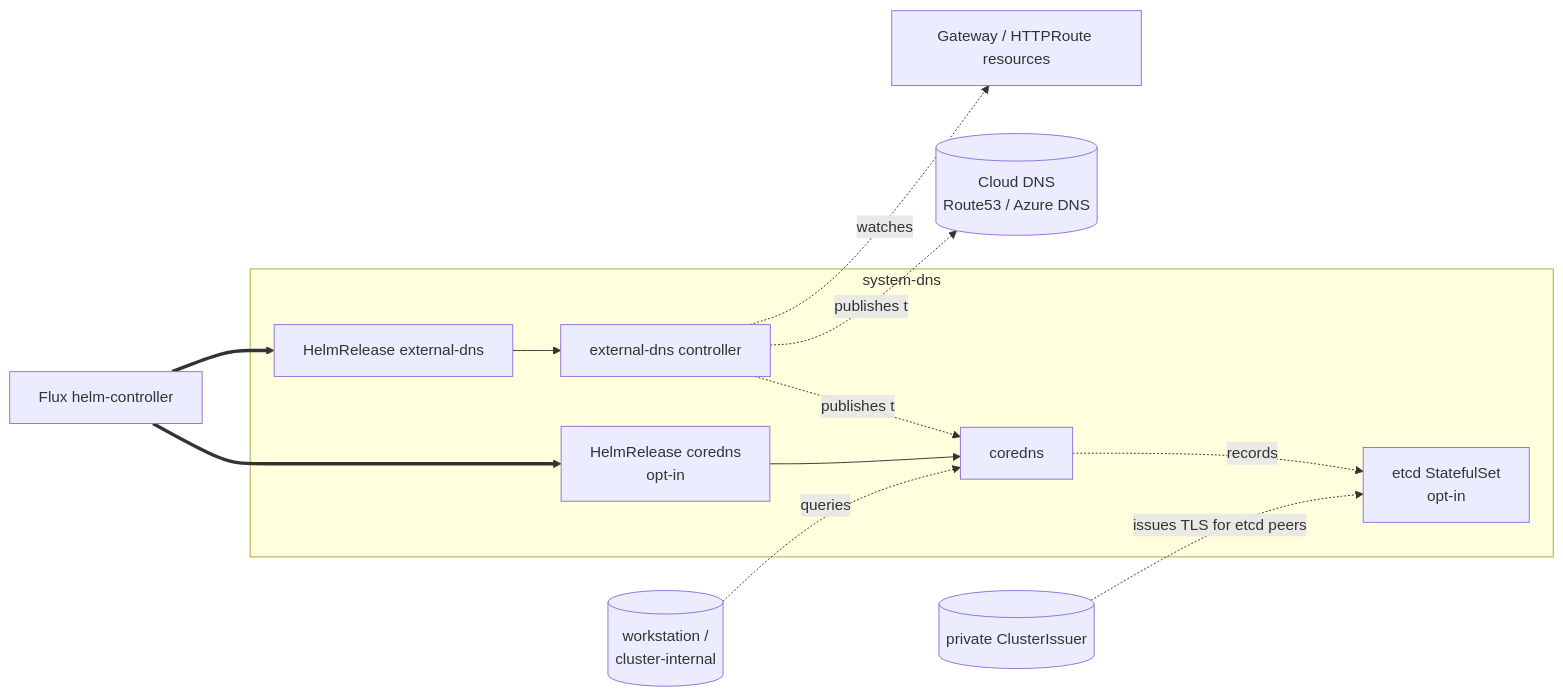
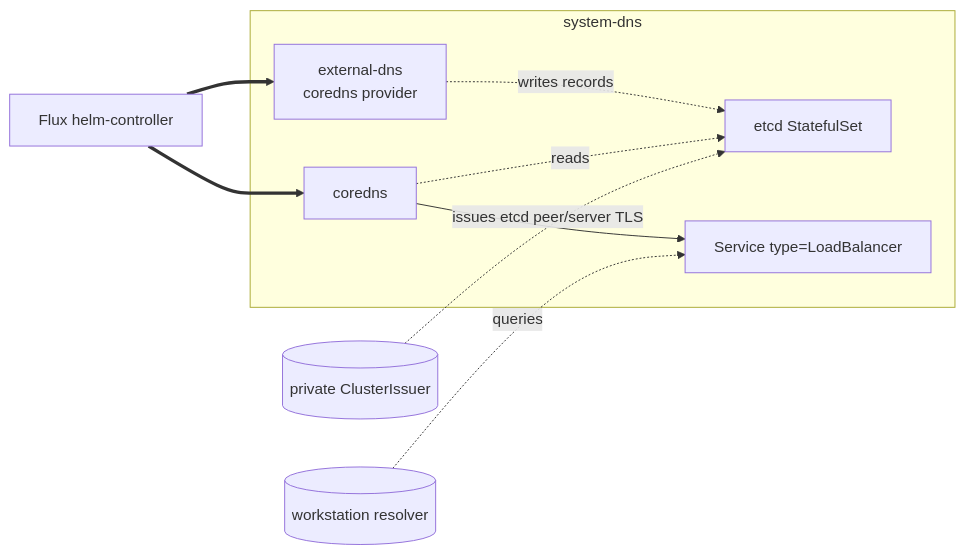
One commit to windsorcli/core changed the third of 3 diagrams in kustomize/dns/README.md. Above: the diagram before and after it, drawn with Mermaid. The commit also changed other lines of this file and 5 other files, not shown here.

Commit message:
feat(docs): update architecture and recipes sections across multiple add-ons for clarity and consistency

````diff
--- a/kustomize/dns/README.md
+++ b/kustomize/dns/README.md
@@ -27,27 +103,22 @@
 ```mermaid
 flowchart LR
   flux[Flux helm-controller]
 
   subgraph systemdns[system-dns]
-    edns_hr[HelmRelease external-dns]
-    edns_pod[external-dns controller]
-    coredns_hr[HelmRelease coredns<br/>opt-in]
-    coredns_pod[coredns]
-    etcd[etcd StatefulSet<br/>opt-in]
+    edns[external-dns<br/>coredns provider]
+    coredns[coredns]
+    etcd[etcd StatefulSet]
+    lb[Service type=LoadBalancer]
   end
 
-  cloud[(Cloud DNS<br/>Route53 / Azure DNS)]
-  workstation[(workstation /<br/>cluster-internal)]
-  gateways[Gateway / HTTPRoute resources]
   pki[(private ClusterIssuer)]
+  workstation[(workstation resolver)]
 
-  flux ==> edns_hr & coredns_hr
-  edns_hr --> edns_pod
-  coredns_hr --> coredns_pod
-  coredns_pod -.records.-> etcd
-  edns_pod -.watches.-> gateways
-  edns_pod -.publishes to.-> cloud
-  edns_pod -.publishes to.-> coredns_pod
-  workstation -.queries.-> coredns_pod
-  pki -.issues TLS for etcd peers.-> etcd
+  flux ==> edns
+  flux ==> coredns
+  edns -.writes records.-> etcd
+  coredns -.reads.-> etcd
+  pki -.issues etcd peer/server TLS.-> etcd
+  coredns --> lb
+  workstation -.queries.-> lb
 ```
````
